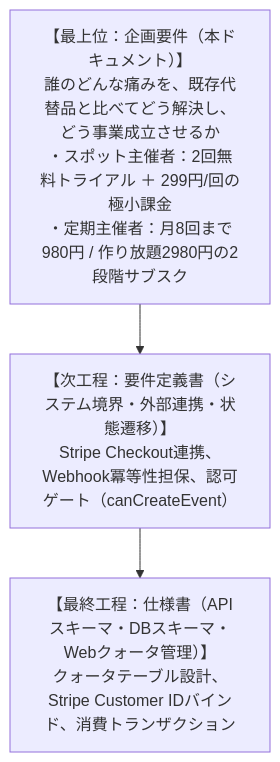
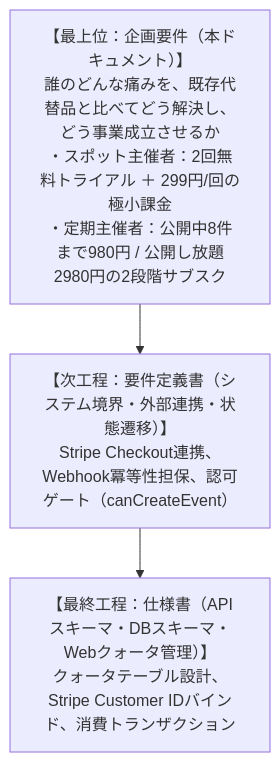
One commit to HirofumiSato/EventKreater changed the first of 2 diagrams in docs/billing_and_quota_planning_requirements.md. Above: the diagram before and after it, drawn with Mermaid. The commit also changed other lines of this file and 77 other files, not shown here.

````diff
--- a/docs/billing_and_quota_planning_requirements.md
+++ b/docs/billing_and_quota_planning_requirements.md
@@ -10,8 +10,8 @@
 ```mermaid
 flowchart TD
-    A["【最上位：企画要件（本ドキュメント）】<br>誰のどんな痛みを、既存代替品と比べてどう解決し、どう事業成立させるか<br>・スポット主催者：2回無料トライアル ＋ 299円/回の極小課金<br>・定期主催者：月8回まで980円 / 作り放題2980円の2段階サブスク"]
+    A["【最上位：企画要件（本ドキュメント）】<br>誰のどんな痛みを、既存代替品と比べてどう解決し、どう事業成立させるか<br>・スポット主催者：2回無料トライアル ＋ 299円/回の極小課金<br>・定期主催者：公開中8件まで980円 / 公開し放題2980円の2段階サブスク"]
     B["【次工程：要件定義書（システム境界・外部連携・状態遷移）】<br>Stripe Checkout連携、Webhook冪等性担保、認可ゲート（canCreateEvent）"]
     C["【最終工程：仕様書（APIスキーマ・DBスキーマ・Webクォータ管理）】<br>クォータテーブル設計、Stripe Customer IDバインド、消費トランザクション"]
     A --> B
     B --> C
 ```
````
